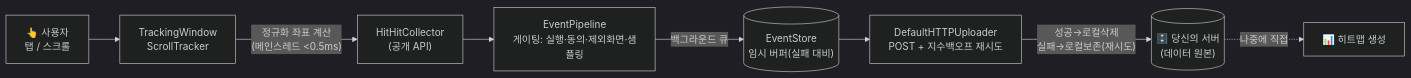
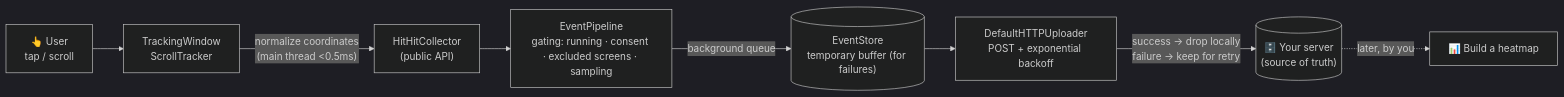
One commit to DevVenusK/iOS-HitHit changed the first of 2 diagrams in README.md. Above: the diagram before and after it, drawn with Mermaid (dark theme). The commit also changed other lines of this file, not shown here.

````diff
--- a/README.md
+++ b/README.md
@@ -57,10 +66,10 @@
 ```mermaid
 flowchart LR
-  U["👆 사용자<br/>탭 / 스크롤"] --> TW["TrackingWindow<br/>ScrollTracker"]
-  TW -->|"정규화 좌표 계산<br/>(메인스레드 &lt;0.5ms)"| C["HitHitCollector<br/>(공개 API)"]
-  C --> P["EventPipeline<br/>게이팅: 실행·동의·제외화면·샘플링"]
-  P -->|"백그라운드 큐"| S[("EventStore<br/>임시 버퍼(실패 대비)")]
-  S --> UP["DefaultHTTPUploader<br/>POST + 지수백오프 재시도"]
-  UP -->|"성공→로컬삭제<br/>실패→로컬보존(재시도)"| SRV[("🗄️ 당신의 서버<br/>(데이터 원본)")]
-  SRV -.->|"나중에 직접"| HM["📊 히트맵 생성"]
+  U["👆 User<br/>tap / scroll"] --> TW["TrackingWindow<br/>ScrollTracker"]
+  TW -->|"normalize coordinates<br/>(main thread &lt;0.5ms)"| C["HitHitCollector<br/>(public API)"]
+  C --> P["EventPipeline<br/>gating: running · consent · excluded screens · sampling"]
+  P -->|"background queue"| S[("EventStore<br/>temporary buffer (for failures)")]
+  S --> UP["DefaultHTTPUploader<br/>POST + exponential backoff"]
+  UP -->|"success → drop locally<br/>failure → keep for retry"| SRV[("🗄️ Your server<br/>(source of truth)")]
+  SRV -.->|"later, by you"| HM["📊 Build a heatmap"]
 ```
````
